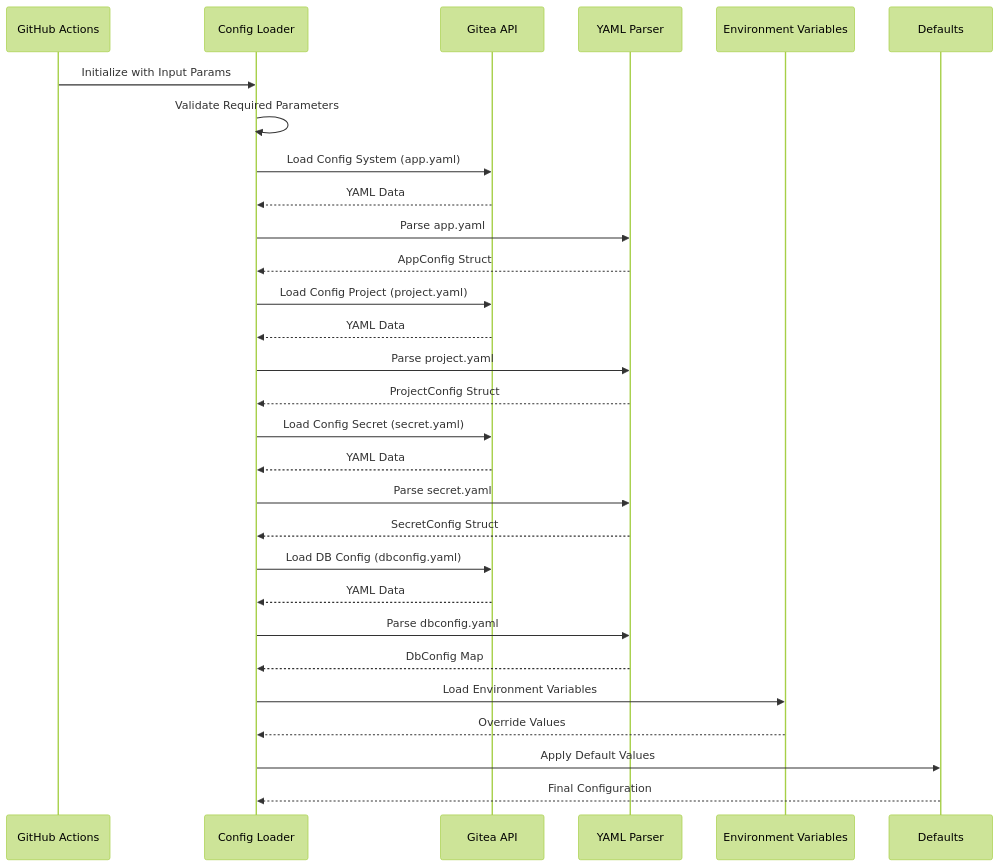
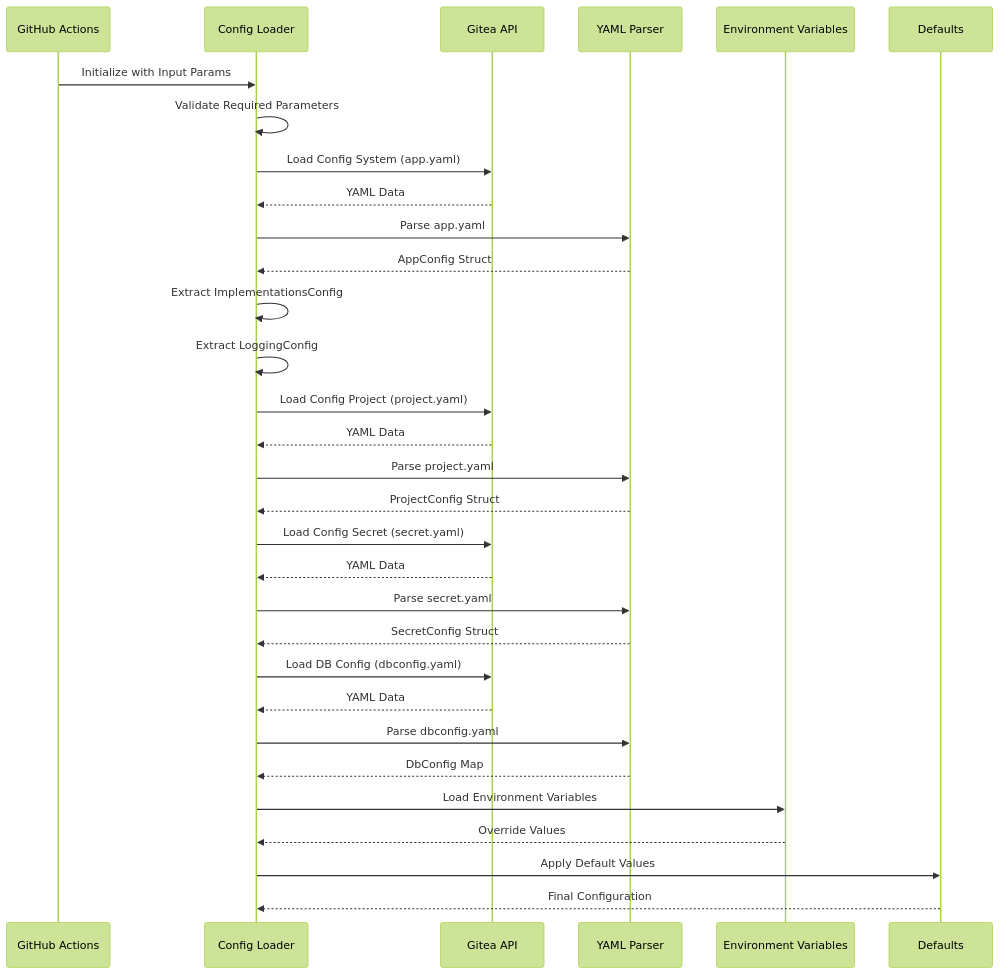
Before and after one commit to Kargones/apk-ci: the fourth of 4 diagrams in .qoder/repowiki/en/content/Configuration Management/YAML Configuration Files/YAML Configuration Files.md, drawn with Mermaid (forest theme). The commit also changed other lines of this file and 2036 other files, not shown here.

````diff
--- a/.qoder/repowiki/en/content/Configuration Management/YAML Configuration Files/YAML Configuration Files.md
+++ b/.qoder/repowiki/en/content/Configuration Management/YAML Configuration Files/YAML Configuration Files.md
@@ -447,31 +487,33 @@
 ```mermaid
 sequenceDiagram
 participant GH as GitHub Actions
 participant CFG as Config Loader
 participant GITEA as Gitea API
 participant YAML as YAML Parser
 participant ENV as Environment Variables
 participant DEF as Defaults
 GH->>CFG : Initialize with Input Params
 CFG->>CFG : Validate Required Parameters
 CFG->>GITEA : Load Config System (app.yaml)
 GITEA-->>CFG : YAML Data
 CFG->>YAML : Parse app.yaml
 YAML-->>CFG : AppConfig Struct
+CFG->>CFG : Extract ImplementationsConfig
+CFG->>CFG : Extract LoggingConfig
 CFG->>GITEA : Load Config Project (project.yaml)
 GITEA-->>CFG : YAML Data
 CFG->>YAML : Parse project.yaml
 YAML-->>CFG : ProjectConfig Struct
 CFG->>GITEA : Load Config Secret (secret.yaml)
 GITEA-->>CFG : YAML Data
 CFG->>YAML : Parse secret.yaml
 YAML-->>CFG : SecretConfig Struct
 CFG->>GITEA : Load DB Config (dbconfig.yaml)
 GITEA-->>CFG : YAML Data
 CFG->>YAML : Parse dbconfig.yaml
 YAML-->>CFG : DbConfig Map
 CFG->>ENV : Load Environment Variables
 ENV-->>CFG : Override Values
 CFG->>DEF : Apply Default Values
 DEF-->>CFG : Final Configuration
 ```
````
